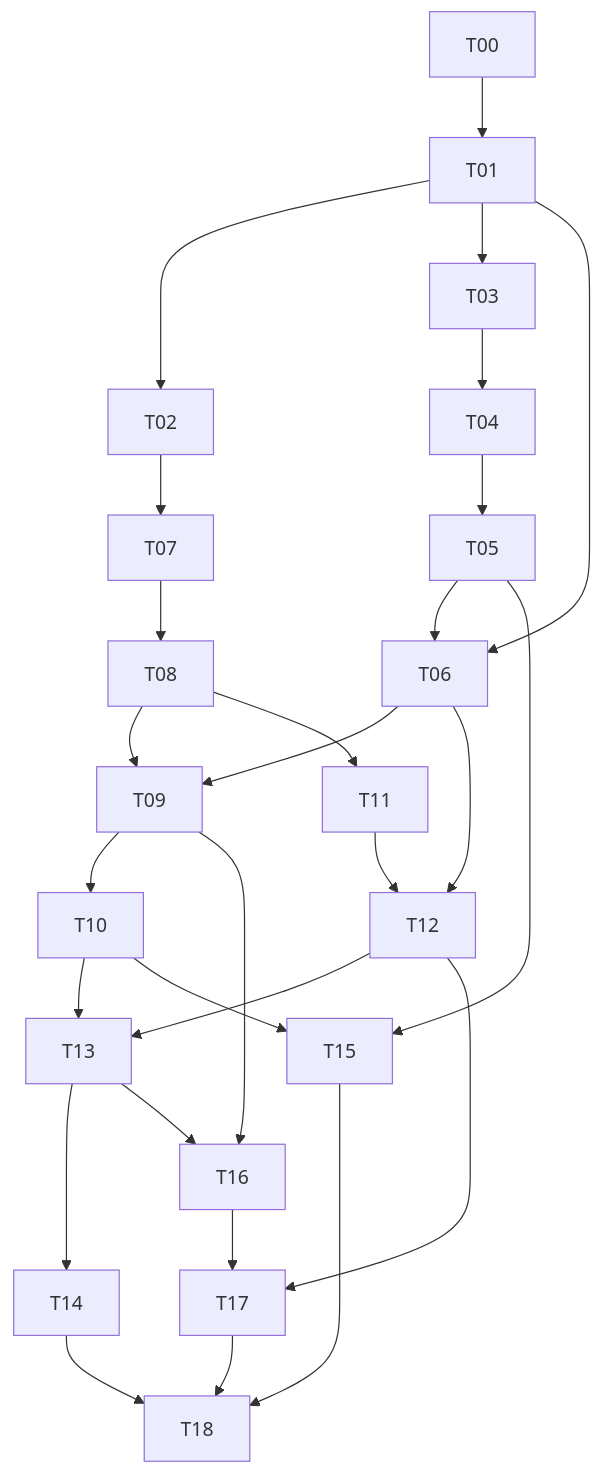
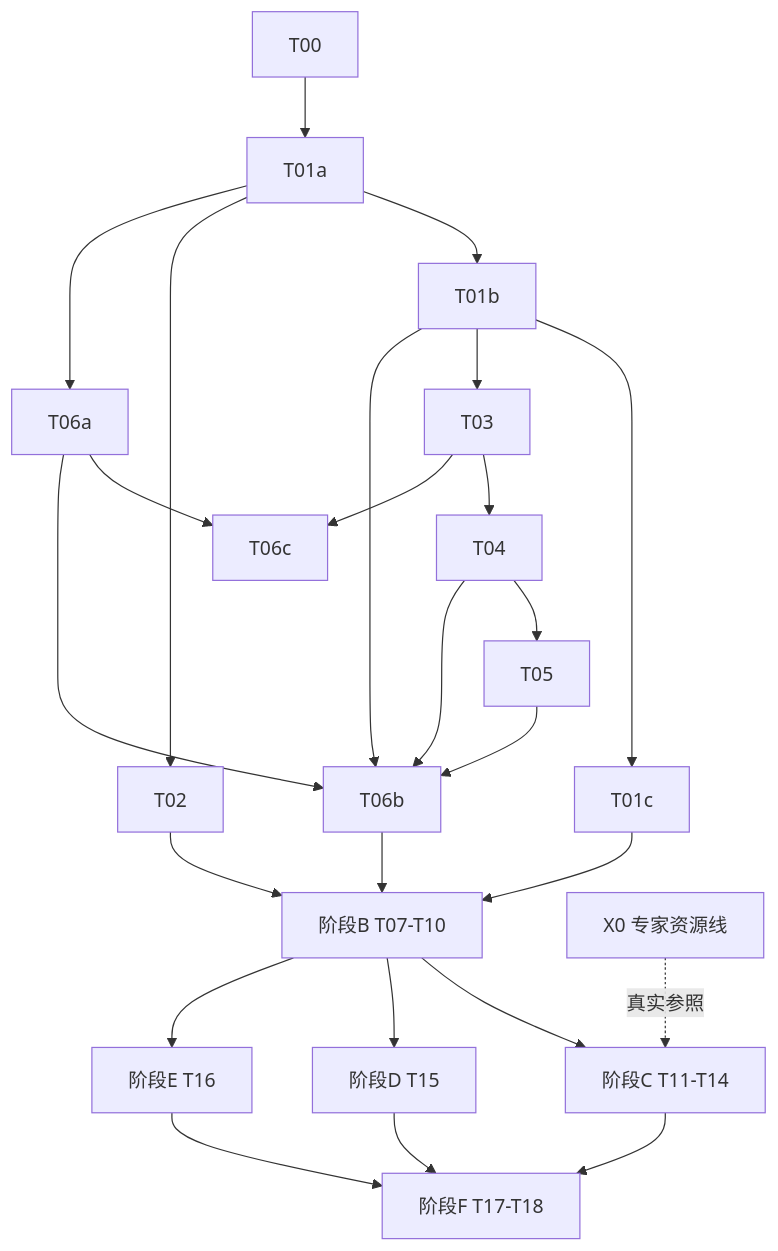
The diagram in plan_v5.md (sober235/FoundationModel_v1), drawn with Mermaid before and after one commit. The commit also changed other lines of this file and 1 other file, not shown here.

````diff
--- a/plan_v5.md
+++ b/plan_v5.md
@@ -114,30 +74,23 @@
 ```mermaid
 flowchart TD
-  T00 --> T01
-  T01 --> T02
-  T01 --> T03
-  T03 --> T04
-  T04 --> T05
-  T01 --> T06
-  T05 --> T06
-  T02 --> T07
-  T07 --> T08
-  T08 --> T09
-  T06 --> T09
-  T09 --> T10
-  T08 --> T11
-  T11 --> T12
-  T06 --> T12
-  T12 --> T13
-  T10 --> T13
-  T13 --> T14
-  T10 --> T15
-  T05 --> T15
-  T09 --> T16
-  T13 --> T16
-  T16 --> T17
-  T12 --> T17
-  T14 --> T18
-  T15 --> T18
-  T17 --> T18
+  T00 --> T01a --> T01b --> T01c
+  T01a --> T02
+  T01b --> T03 --> T04 --> T05
+  T01a --> T06a
+  T03 --> T06c
+  T06a --> T06c
+  T01b --> T06b
+  T04 --> T06b
+  T05 --> T06b
+  T06a --> T06b
+  T06b --> B[阶段B T07-T10]
+  T02 --> B
+  T01c --> B
+  B --> C[阶段C T11-T14]
+  B --> D[阶段D T15]
+  B --> E[阶段E T16]
+  C --> F[阶段F T17-T18]
+  D --> F
+  E --> F
+  X0[X0 专家资源线] -.真实参照.-> C
 ```
````
